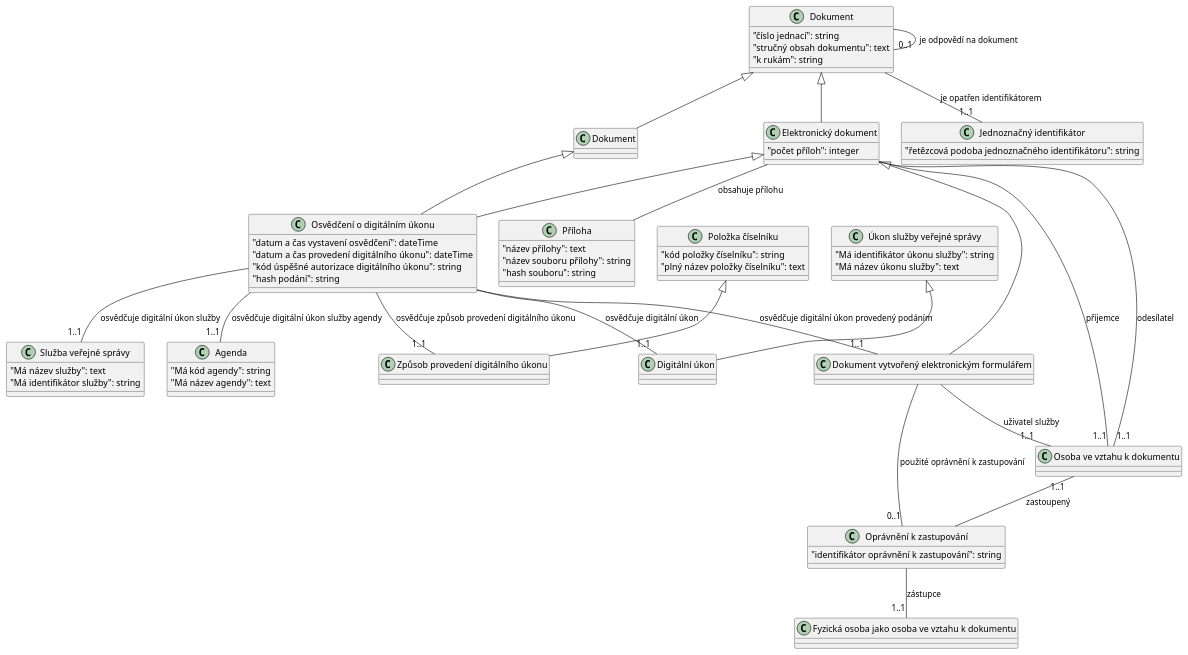
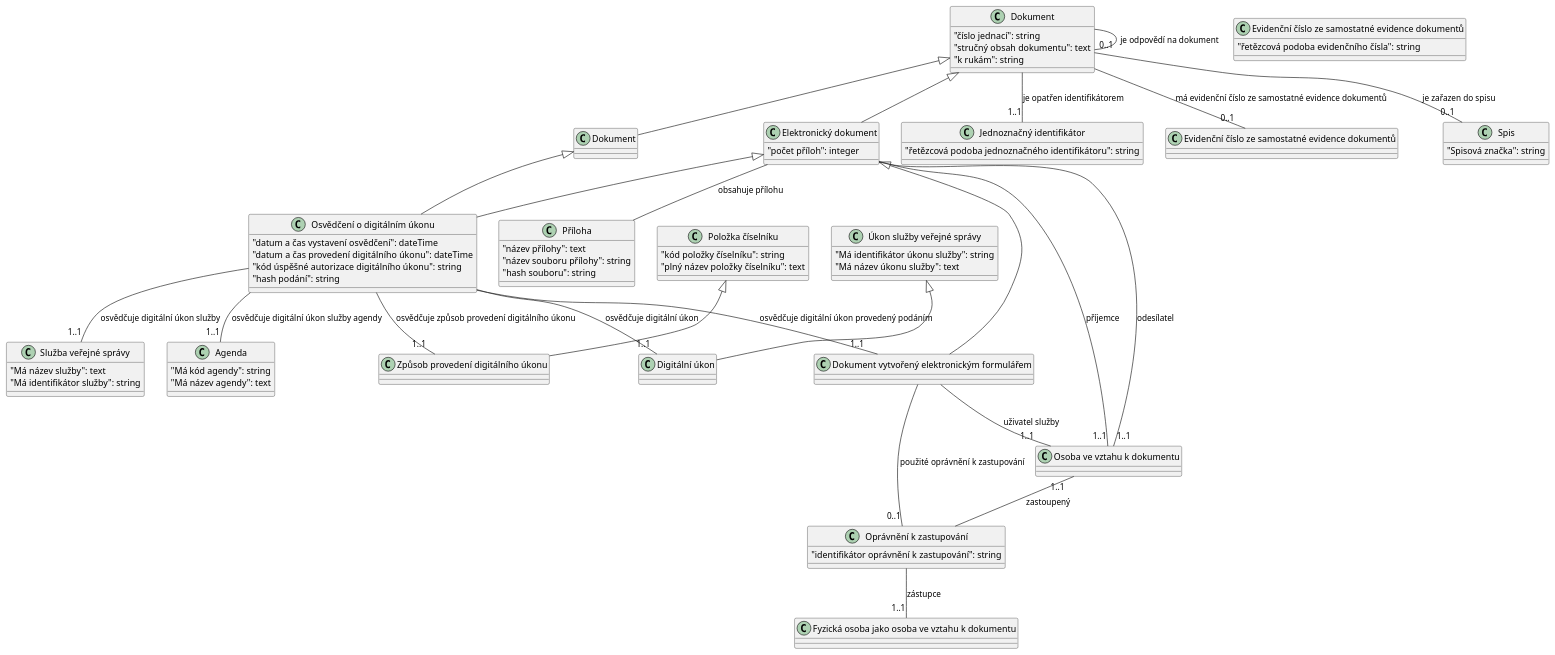
The diagram in osvědčení-digitálního-úkonu/draft/obrázky/konceptuální-model.plantuml (datagov-cz/otevrene-formalni-normy), drawn with PlantUML before and after one commit. The commit also changed 3 other files, not shown here.

```diff
--- a/osvědčení-digitálního-úkonu/draft/obrázky/konceptuální-model.plantuml
+++ b/osvědčení-digitálního-úkonu/draft/obrázky/konceptuální-model.plantuml
@@ -1,93 +1,106 @@
 @startuml
 set namespaceSeparator none
 class "Osvědčení o digitálním úkonu" {
   "datum a čas vystavení osvědčení": dateTime
   "datum a čas provedení digitálního úkonu": dateTime
   "kód úspěšné autorizace digitálního úkonu": string
   "hash podání": string
 }
 
 class Dokument {
 }
 
 class "Elektronický dokument" {
   "počet příloh": integer
 }
 
 class "Dokument vytvořený elektronickým formulářem" {
 }
 
 class "Dokument​" {
   "číslo jednací": string
   "stručný obsah dokumentu": text
   "k rukám": string
 }
 
 class "Jednoznačný identifikátor" {
   "řetězcová podoba jednoznačného identifikátoru": string
+}
+
+class "Evidenční číslo ze samostatné evidence dokumentů" {
+  "řetězcová podoba evidenčního čísla": string
 }
 
 class "Digitální úkon" {
 }
 
 class "Úkon služby veřejné správy" {
   "Má identifikátor úkonu služby": string
   "Má název úkonu služby": text
 }
 
 class "Služba veřejné správy" {
   "Má název služby": text
   "Má identifikátor služby": string
 }
 
 class Agenda {
   "Má kód agendy": string
   "Má název agendy": text
 }
 
 class "Příloha" {
   "název přílohy": text
   "název souboru přílohy": string
   "hash souboru": string
 }
 
 class "Osoba ve vztahu k dokumentu" {
 }
 
 class "Způsob provedení digitálního úkonu" {
 }
 
 class "Položka číselníku" {
   "kód položky číselníku": string
   "plný název položky číselníku": text
 }
 
 class "Oprávnění k zastupování" {
   "identifikátor oprávnění k zastupování": string
 }
 
 class "Fyzická osoba jako osoba ve vztahu k dokumentu" {
 }
 
+class "Evidenční číslo ze samostatné evidence dokumentů​" {
+}
+
+class Spis {
+  "Spisová značka": string
+}
+
 Dokument <|-- "Osvědčení o digitálním úkonu"
 "Elektronický dokument" <|-- "Osvědčení o digitálním úkonu"
 "Dokument​" <|-- Dokument
 "Dokument​" <|-- "Elektronický dokument"
 "Elektronický dokument" <|-- "Dokument vytvořený elektronickým formulářem"
 "Úkon služby veřejné správy" <|-- "Digitální úkon"
 "Položka číselníku" <|-- "Způsob provedení digitálního úkonu"
 "Osvědčení o digitálním úkonu" -- "1..1" "Dokument vytvořený elektronickým formulářem" :  "osvědčuje digitální úkon provedený podáním"
 "Osvědčení o digitálním úkonu" -- "1..1" "Digitální úkon" :  "osvědčuje digitální úkon"
 "Osvědčení o digitálním úkonu" -- "1..1" "Služba veřejné správy" :  "osvědčuje digitální úkon služby"
 "Osvědčení o digitálním úkonu" -- "1..1" Agenda :  "osvědčuje digitální úkon služby agendy"
 "Osvědčení o digitálním úkonu" -- "1..1" "Způsob provedení digitálního úkonu" :  "osvědčuje způsob provedení digitálního úkonu"
 "Elektronický dokument" -- "Příloha" :  "obsahuje přílohu"
 "Elektronický dokument" -- "1..1" "Osoba ve vztahu k dokumentu" :  "odesílatel"
 "Elektronický dokument" -- "1..1" "Osoba ve vztahu k dokumentu" :  "příjemce"
 "Dokument vytvořený elektronickým formulářem" -- "0..1" "Oprávnění k zastupování" :  "použité oprávnění k zastupování"
 "Dokument vytvořený elektronickým formulářem" -- "1..1" "Osoba ve vztahu k dokumentu" :  "uživatel služby"
 "Dokument​" -- "1..1" "Jednoznačný identifikátor" :  "je opatřen identifikátorem"
 "Dokument​" -- "0..1" "Dokument​" :  "je odpovědí na dokument"
+"Dokument​" -- "0..1" "Evidenční číslo ze samostatné evidence dokumentů​" :  "má evidenční číslo ze samostatné evidence dokumentů"
+"Dokument​" -- "0..1" Spis :  "je zařazen do spisu"
 "Osoba ve vztahu k dokumentu" "1..1" -- "Oprávnění k zastupování" :  "zastoupený"
 "Oprávnění k zastupování" -- "1..1" "Fyzická osoba jako osoba ve vztahu k dokumentu" :  "zástupce"
 @enduml
```
